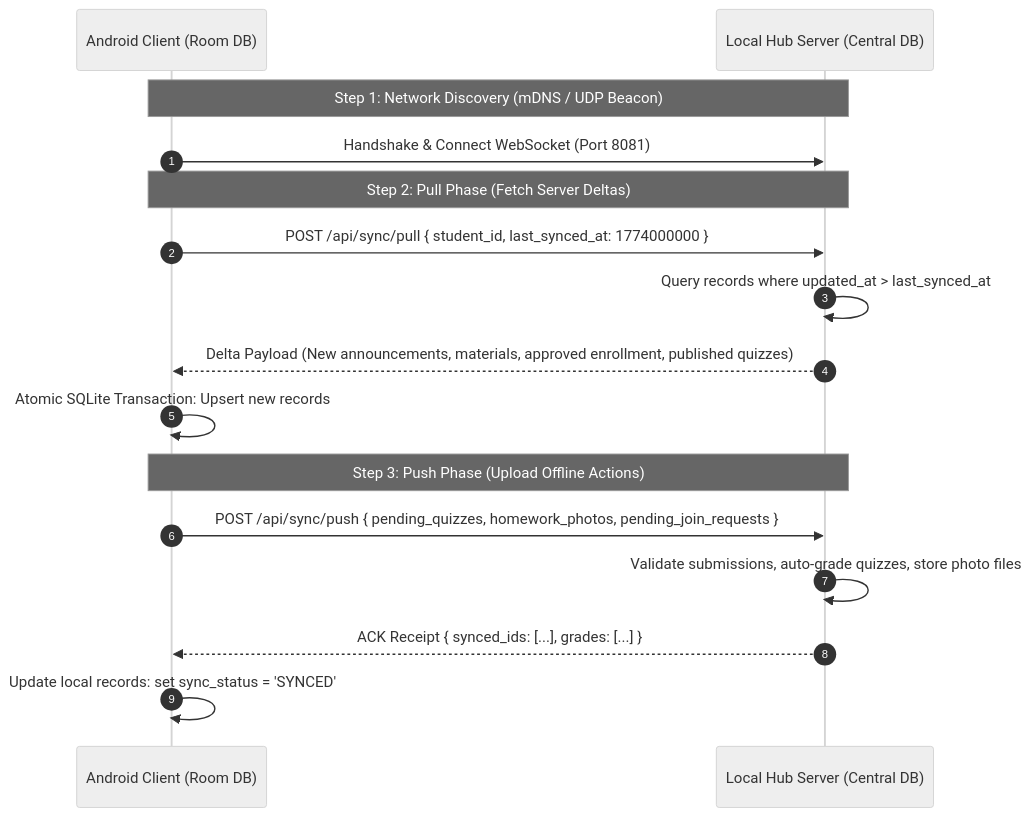
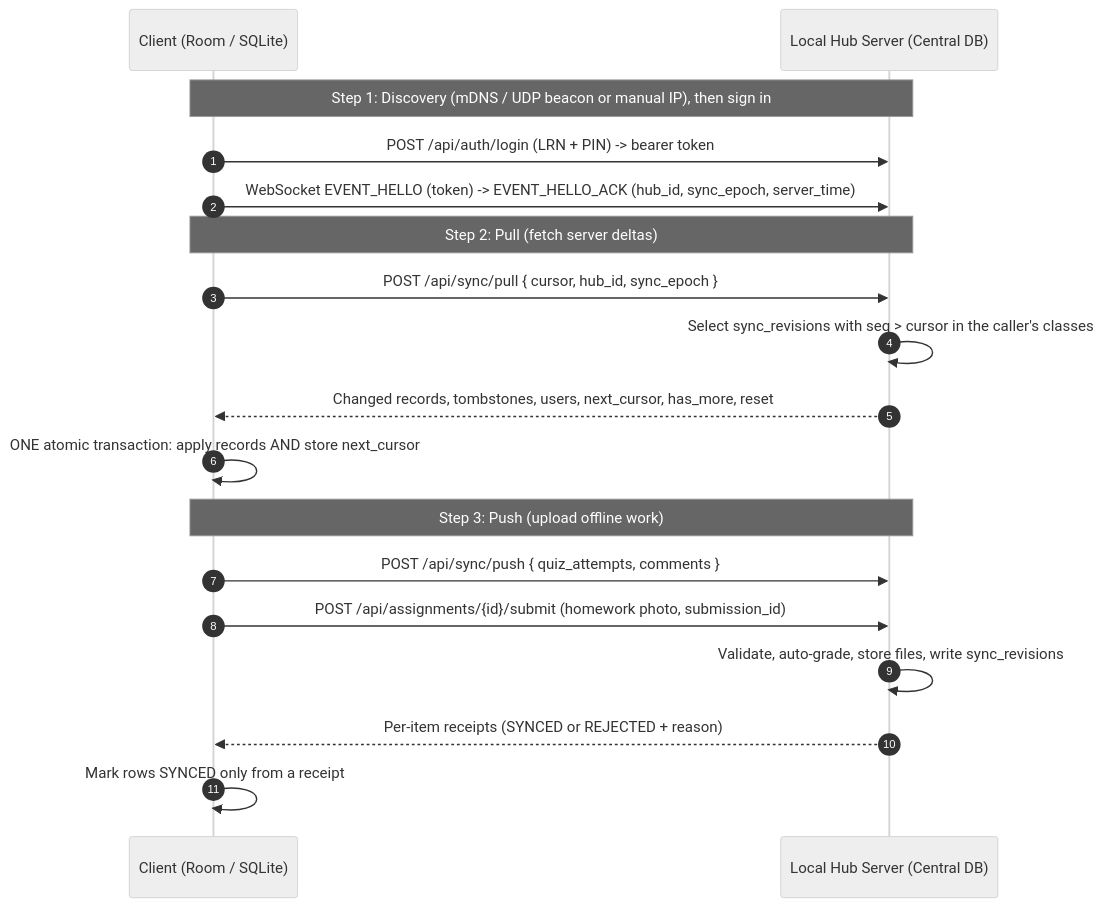
The fifth of 5 diagrams in docs/PRD.md (BootlegYouki/L.A.R.A), drawn with Mermaid (neutral theme) before and after one commit. The commit also changed other lines of this file and 28 other files, not shown here.

````diff
--- a/docs/PRD.md
+++ b/docs/PRD.md
@@ -402,21 +309,23 @@
 ```mermaid
 sequenceDiagram
  autonumber
- participant App as Android Client (Room DB)
+ participant App as Client (Room / SQLite)
  participant Hub as Local Hub Server (Central DB)
 
- Note over App,Hub: Step 1: Network Discovery (mDNS / UDP Beacon)
- App->>Hub: Handshake & Connect WebSocket (Port 8081)
- 
- Note over App,Hub: Step 2: Pull Phase (Fetch Server Deltas)
- App->>Hub: POST /api/sync/pull { student_id, last_synced_at: 1774000000 }
- Hub->>Hub: Query records where updated_at > last_synced_at
- Hub-->>App: Delta Payload (New announcements, materials, approved enrollment, published quizzes)
- App->>App: Atomic SQLite Transaction: Upsert new records
+ Note over App,Hub: Step 1: Discovery (mDNS / UDP beacon or manual IP), then sign in
+ App->>Hub: POST /api/auth/login (LRN + PIN) -> bearer token
+ App->>Hub: WebSocket EVENT_HELLO (token) -> EVENT_HELLO_ACK (hub_id, sync_epoch, server_time)
 
- Note over App,Hub: Step 3: Push Phase (Upload Offline Actions)
- App->>Hub: POST /api/sync/push { pending_quizzes, homework_photos, pending_join_requests }
- Hub->>Hub: Validate submissions, auto-grade quizzes, store photo files
- Hub-->>App: ACK Receipt { synced_ids: [...], grades: [...] }
- App->>App: Update local records: set sync_status = 'SYNCED'
+ Note over App,Hub: Step 2: Pull (fetch server deltas)
+ App->>Hub: POST /api/sync/pull { cursor, hub_id, sync_epoch }
+ Hub->>Hub: Select sync_revisions with seq > cursor in the caller's classes
+ Hub-->>App: Changed records, tombstones, users, next_cursor, has_more, reset
+ App->>App: ONE atomic transaction: apply records AND store next_cursor
+
+ Note over App,Hub: Step 3: Push (upload offline work)
+ App->>Hub: POST /api/sync/push { quiz_attempts, comments }
+ App->>Hub: POST /api/assignments/{id}/submit (homework photo, submission_id)
+ Hub->>Hub: Validate, auto-grade, store files, write sync_revisions
+ Hub-->>App: Per-item receipts (SYNCED or REJECTED + reason)
+ App->>App: Mark rows SYNCED only from a receipt
 ```
````
